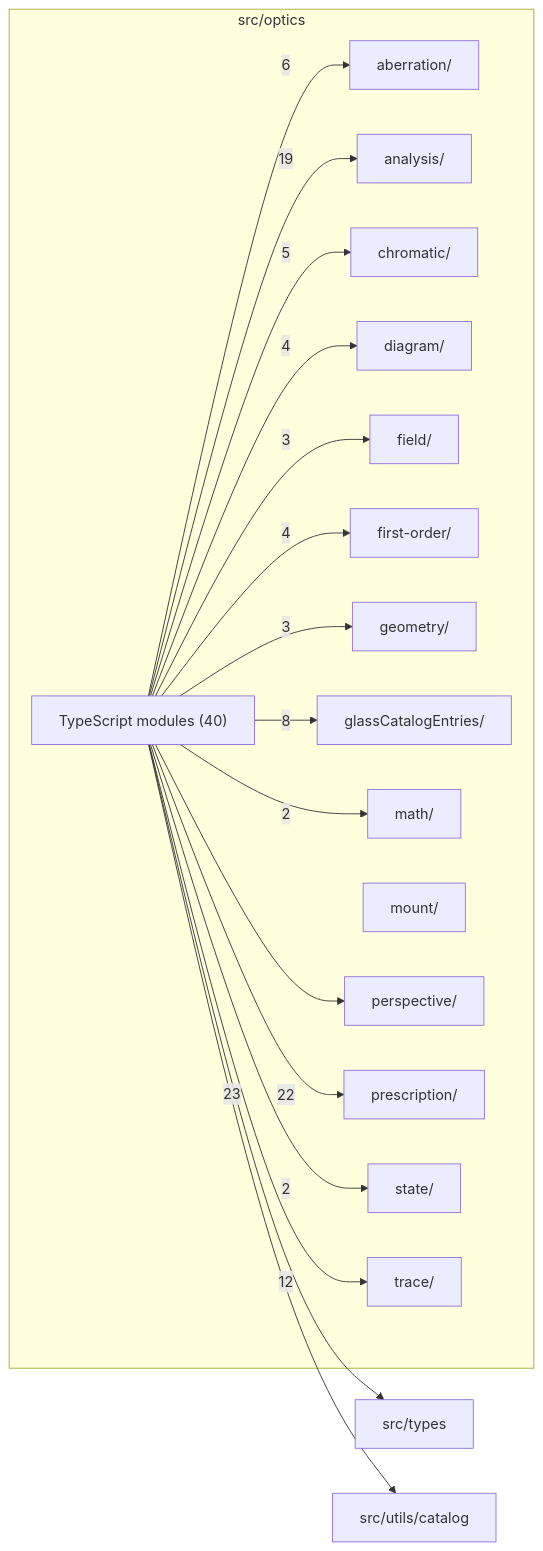
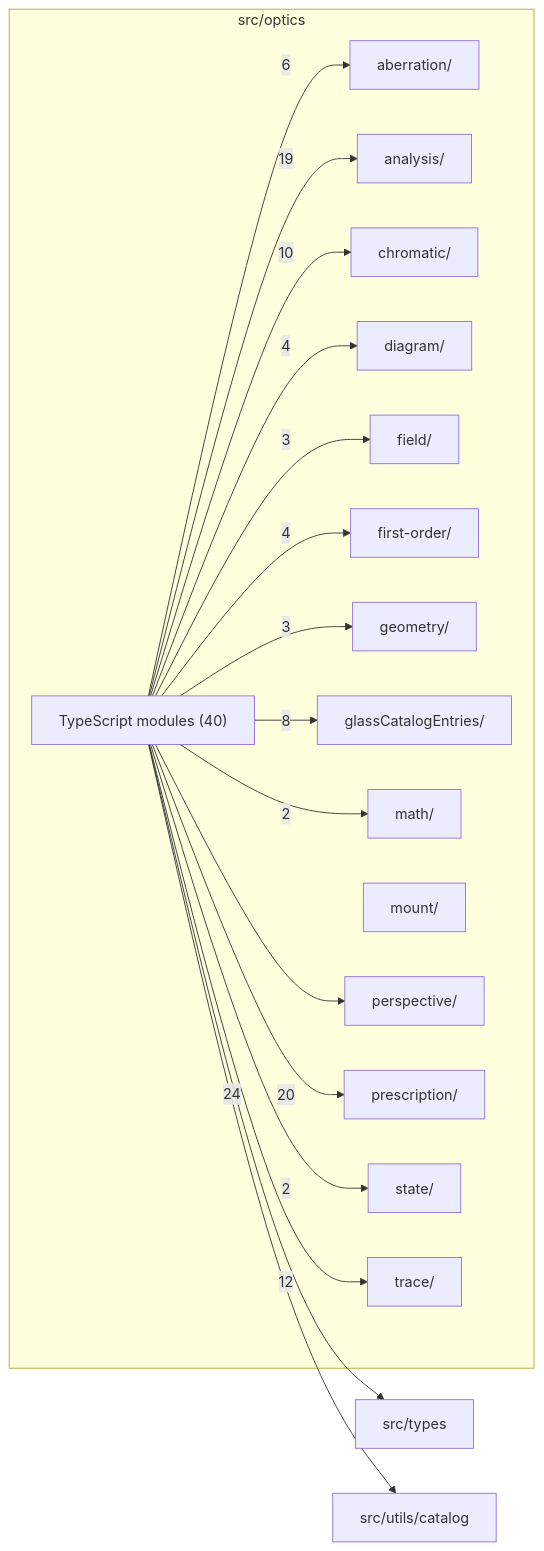
The diagram in src/optics/readme.md (BeamFour/LensVisualizer), drawn with Mermaid before and after one commit. The commit also changed other lines of this file and 45 other files, not shown here.

````diff
--- a/src/optics/readme.md
+++ b/src/optics/readme.md
@@ -9,37 +9,37 @@
 ```mermaid
 flowchart LR
   subgraph n_src_optics["src/optics"]
     n_src_optics_src_optics_aberration["aberration/"]
     n_src_optics_src_optics_analysis["analysis/"]
     n_src_optics_src_optics_chromatic["chromatic/"]
     n_src_optics_src_optics_diagram["diagram/"]
     n_src_optics_src_optics_field["field/"]
     n_src_optics_src_optics_first_order["first-order/"]
     n_src_optics_src_optics_geometry["geometry/"]
     n_src_optics_src_optics_glassCatalogEntries["glassCatalogEntries/"]
     n_src_optics_src_optics_math["math/"]
     n_src_optics_src_optics_mount["mount/"]
     n_src_optics_src_optics_perspective["perspective/"]
     n_src_optics_src_optics_prescription["prescription/"]
     n_src_optics_src_optics_state["state/"]
     n_src_optics_src_optics_trace["trace/"]
     n_src_optics_TypeScript_modules["TypeScript modules (40)"]
   end
   n_external_src_types["src/types"]
   n_external_src_utils_catalog["src/utils/catalog"]
-  n_src_optics_TypeScript_modules --> |23| n_external_src_types
-  n_src_optics_TypeScript_modules --> |22| n_src_optics_src_optics_prescription
+  n_src_optics_TypeScript_modules --> |24| n_external_src_types
+  n_src_optics_TypeScript_modules --> |20| n_src_optics_src_optics_prescription
   n_src_optics_TypeScript_modules --> |19| n_src_optics_src_optics_analysis
   n_src_optics_TypeScript_modules --> |12| n_src_optics_src_optics_trace
+  n_src_optics_TypeScript_modules --> |10| n_src_optics_src_optics_chromatic
   n_src_optics_TypeScript_modules --> |8| n_src_optics_src_optics_glassCatalogEntries
   n_src_optics_TypeScript_modules --> |6| n_src_optics_src_optics_aberration
-  n_src_optics_TypeScript_modules --> |5| n_src_optics_src_optics_chromatic
   n_src_optics_TypeScript_modules --> |4| n_src_optics_src_optics_diagram
   n_src_optics_TypeScript_modules --> |4| n_src_optics_src_optics_first_order
   n_src_optics_TypeScript_modules --> |3| n_src_optics_src_optics_field
   n_src_optics_TypeScript_modules --> |3| n_src_optics_src_optics_geometry
   n_src_optics_TypeScript_modules --> |2| n_src_optics_src_optics_math
   n_src_optics_TypeScript_modules --> |2| n_src_optics_src_optics_state
   n_src_optics_TypeScript_modules --> n_external_src_utils_catalog
   n_src_optics_TypeScript_modules --> n_src_optics_src_optics_perspective
 ```
````
